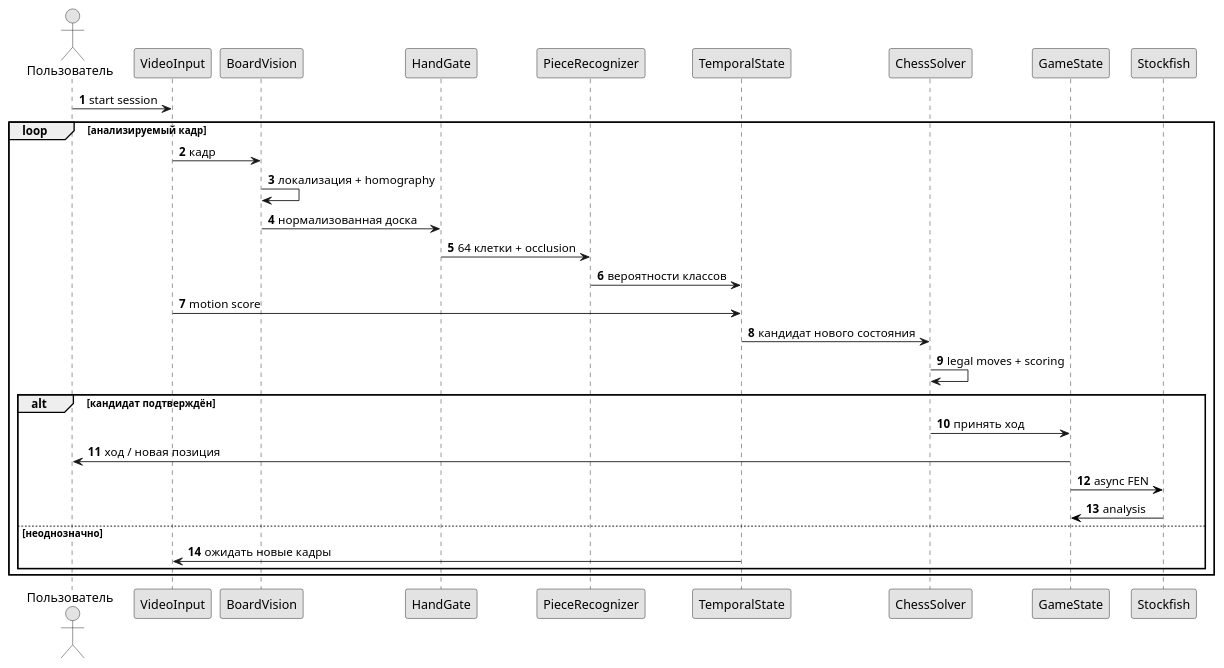
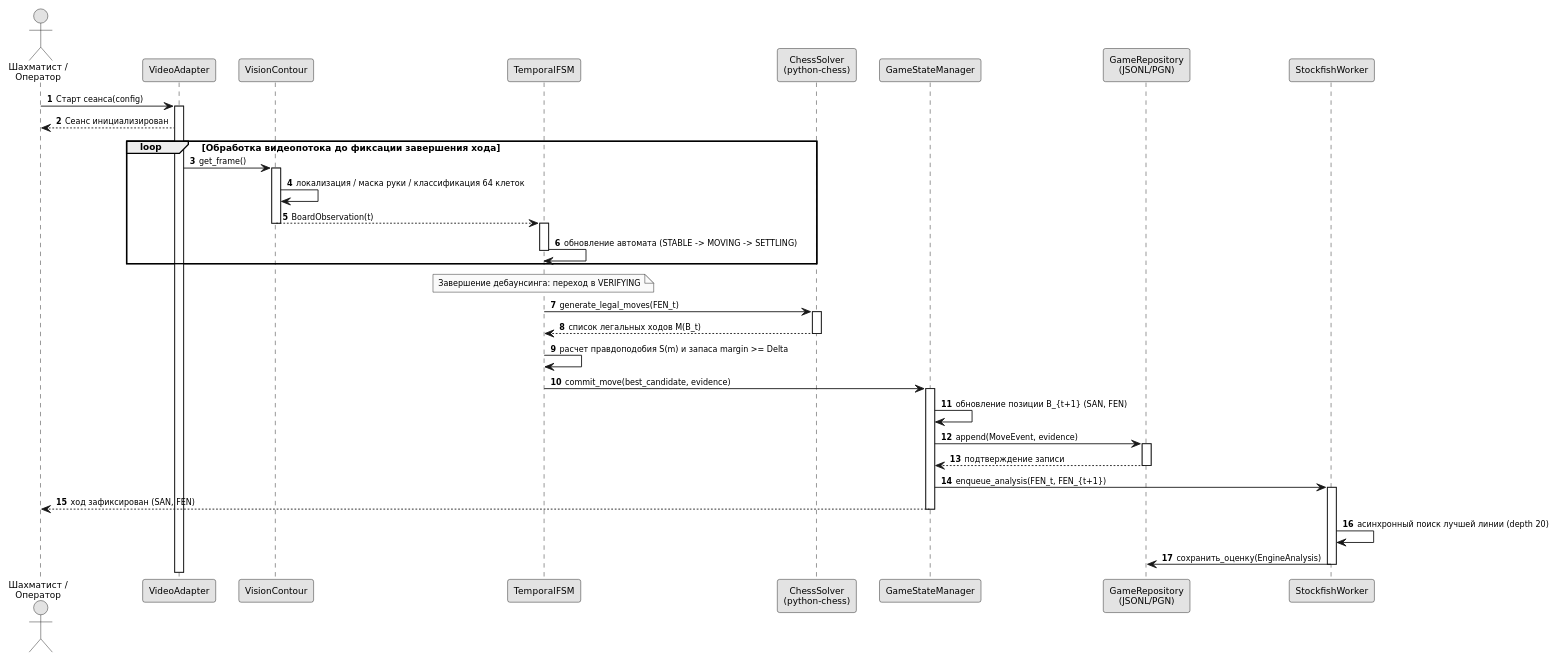
Before and after one commit to Ectrald/Chess-game-recording-system: the diagram in explanatory note/picture/design_figures/sequence_register.puml, drawn with PlantUML. The commit also changed 37 other files, not shown here.

```diff
--- a/explanatory note/picture/design_figures/sequence_register.puml
+++ b/explanatory note/picture/design_figures/sequence_register.puml
@@ -1,34 +1,67 @@
 @startuml
 skinparam monochrome true
 skinparam shadowing false
 skinparam backgroundColor white
+skinparam defaultFontName "DejaVu Sans"
+skinparam defaultFontSize 10
+skinparam ArrowFontSize 9
+skinparam NoteFontSize 9
+skinparam BoxPadding 5
+skinparam ParticipantPadding 8
+
 autonumber
-actor "Пользователь" as U
-participant "VideoInput" as V
-participant "BoardVision" as B
-participant "HandGate" as H
-participant "PieceRecognizer" as P
-participant "TemporalState" as T
-participant "ChessSolver" as S
-participant "GameState" as G
-participant "Stockfish" as E
-U -> V: start session
-loop анализируемый кадр
-  V -> B: кадр
-  B -> B: локализация + homography
-  B -> H: нормализованная доска
-  H -> P: 64 клетки + occlusion
-  P -> T: вероятности классов
-  V -> T: motion score
-  T -> S: кандидат нового состояния
-  S -> S: legal moves + scoring
-  alt кандидат подтверждён
-    S -> G: принять ход
-    G -> U: ход / новая позиция
-    G -[#black]> E: async FEN
-    E -[#black]> G: analysis
-  else неоднозначно
-    T -> V: ожидать новые кадры
-  end
+
+actor "Шахматист /\nОператор" as User
+participant "VideoAdapter" as VA
+participant "VisionContour" as Vision
+participant "TemporalFSM" as FSM
+participant "ChessSolver\n(python-chess)" as Solver
+participant "GameStateManager" as GSM
+participant "GameRepository\n(JSONL/PGN)" as Repo
+participant "StockfishWorker" as SF
+
+User -> VA : Старт сеанса(config)
+activate VA
+VA --> User : Сеанс инициализирован
+
+loop Обработка видеопотока до фиксации завершения хода
+  VA -> Vision : get_frame()
+  activate Vision
+  Vision -> Vision : локализация / маска руки / классификация 64 клеток
+  Vision --> FSM : BoardObservation(t)
+  deactivate Vision
+  activate FSM
+  FSM -> FSM : обновление автомата (STABLE -> MOVING -> SETTLING)
+  deactivate FSM
 end
+
+note over FSM : Завершение дебаунсинга: переход в VERIFYING
+
+activate FSM
+FSM -> Solver : generate_legal_moves(FEN_t)
+activate Solver
+Solver --> FSM : список легальных ходов M(B_t)
+deactivate Solver
+
+FSM -> FSM : расчет правдоподобия S(m) и запаса margin >= Delta
+
+FSM -> GSM : commit_move(best_candidate, evidence)
+activate GSM
+GSM -> GSM : обновление позиции B_{t+1} (SAN, FEN)
+GSM -> Repo : append(MoveEvent, evidence)
+activate Repo
+Repo --> GSM : подтверждение записи
+deactivate Repo
+
+GSM -> SF : enqueue_analysis(FEN_t, FEN_{t+1})
+activate SF
+
+GSM --> User : ход зафиксирован (SAN, FEN)
+deactivate GSM
+deactivate FSM
+
+SF -> SF : асинхронный поиск лучшей линии (depth 20)
+SF -> Repo : сохранить_оценку(EngineAnalysis)
+deactivate SF
+
 @enduml
```
